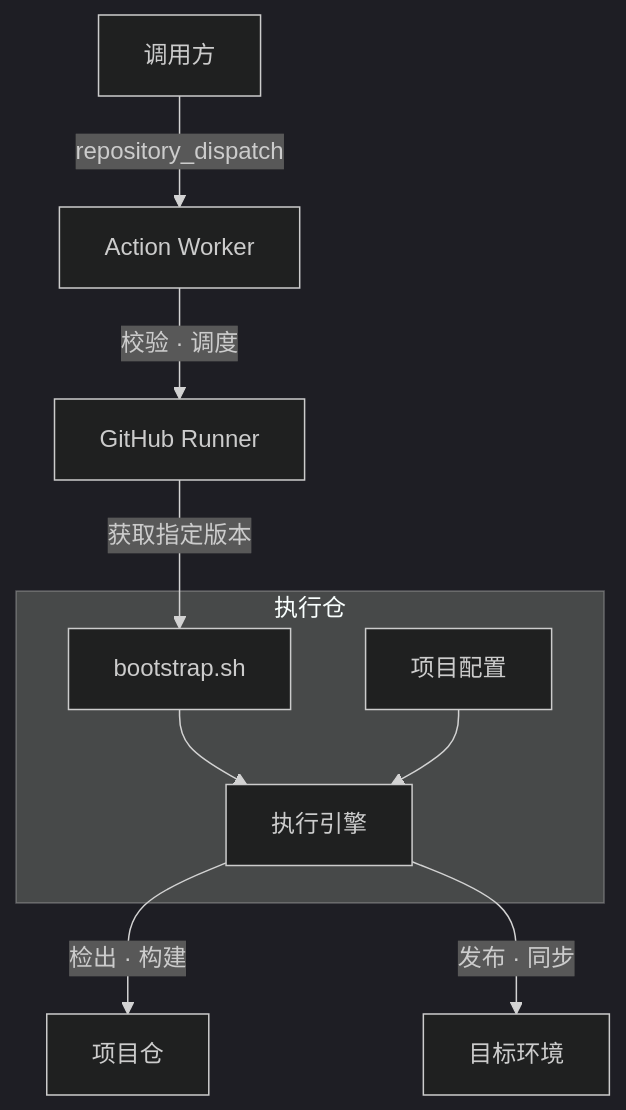
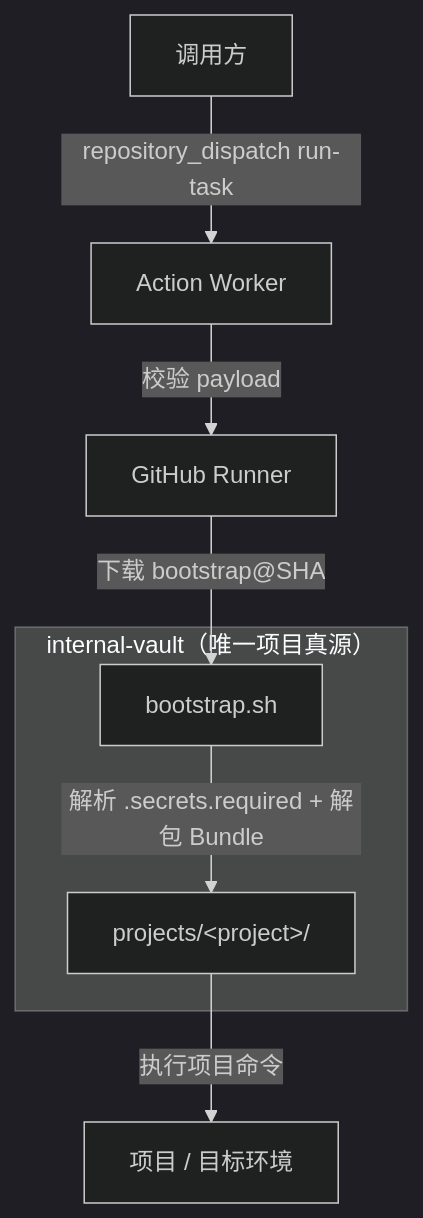
One commit to fongap/action-worker changed the diagram in README.md. Above: the diagram before and after it, drawn with Mermaid (dark theme). The commit also changed other lines of this file and 7 other files, not shown here.

First line of the commit message:
收敛 action-worker：Secret Bundle、凭据生命周期、payload 白名单、CI

````diff
--- a/README.md
+++ b/README.md
@@ -10,25 +11,19 @@
 ```mermaid
 flowchart TB
     A[调用方]
     B[Action Worker]
     C[GitHub Runner]
 
-    subgraph R["执行仓"]
+    subgraph R["internal-vault（唯一项目真源）"]
         D[bootstrap.sh]
-        E[执行引擎]
-        F[项目配置]
+        E[projects/&lt;project&gt;/]
     end
 
-    G[项目仓]
-    H[目标环境]
+    F[项目 / 目标环境]
 
-    A -->|repository_dispatch| B
-    B -->|校验 · 调度| C
-    C -->|获取指定版本| D
-
-    D --> E
-    F --> E
-
-    E -->|检出 · 构建| G
-    E -->|发布 · 同步| H
+    A -->|repository_dispatch run-task| B
+    B -->|校验 payload| C
+    C -->|下载 bootstrap@SHA| D
+    D -->|解析 .secrets.required + 解包 Bundle| E
+    E -->|执行项目命令| F
 ```
````
